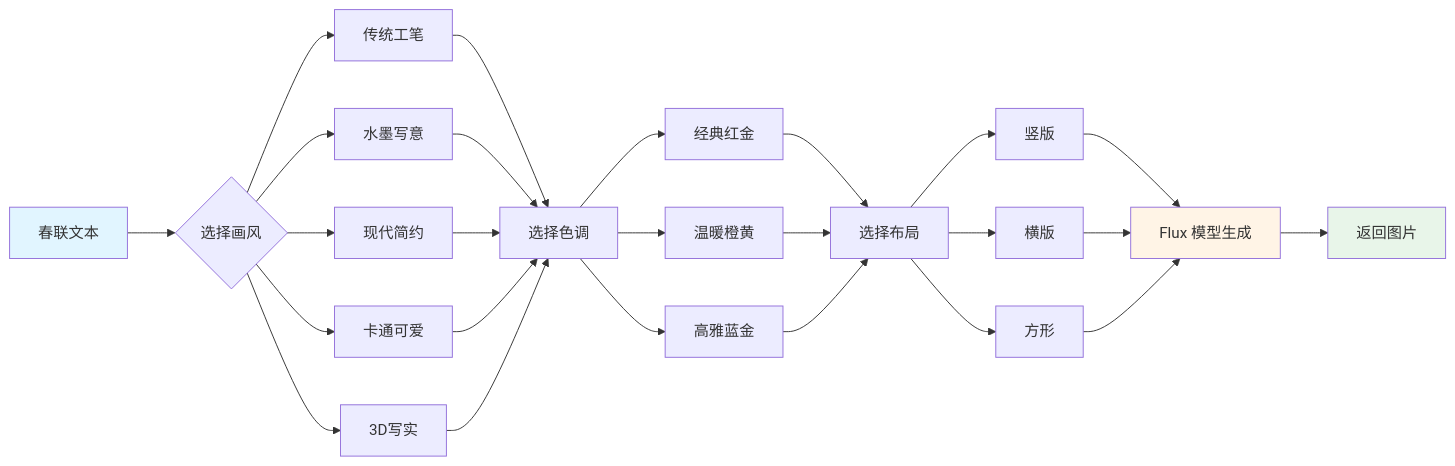
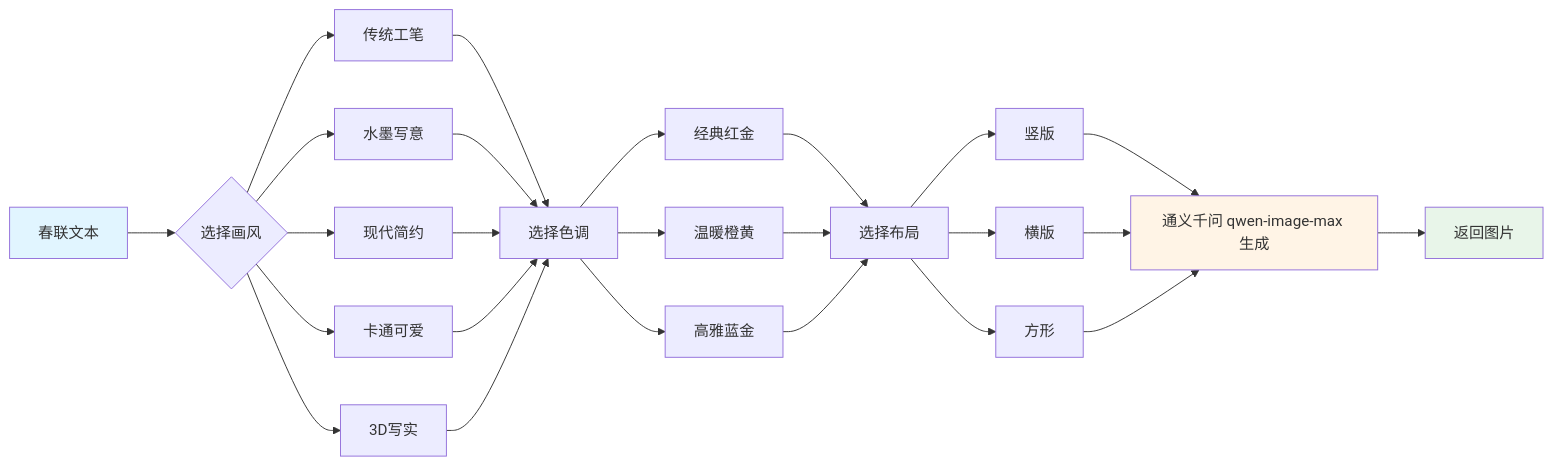
One commit to JasonRUAN/FuAI changed the fourth of 12 diagrams in README.md. Above: the diagram before and after it, drawn with Mermaid. The commit also changed other lines of this file, not shown here.

````diff
--- a/README.md
+++ b/README.md
@@ -204,37 +204,37 @@
 ```mermaid
 flowchart LR
     A[春联文本] --> B{选择画风}
     B --> C[传统工笔]
     B --> D[水墨写意]
     B --> E[现代简约]
     B --> F[卡通可爱]
     B --> G[3D写实]
     
     C --> H[选择色调]
     D --> H
     E --> H
     F --> H
     G --> H
     
     H --> I[经典红金]
     H --> J[温暖橙黄]
     H --> K[高雅蓝金]
     
     I --> L[选择布局]
     J --> L
     K --> L
     
     L --> M[竖版]
     L --> N[横版]
     L --> O[方形]
     
-    M --> P[Flux 模型生成]
+    M --> P[通义千问 qwen-image-max 生成]
     N --> P
     O --> P
     
     P --> Q[返回图片]
     
     style A fill:#e1f5ff
     style P fill:#fff4e6
     style Q fill:#e8f5e9
 ```
````
